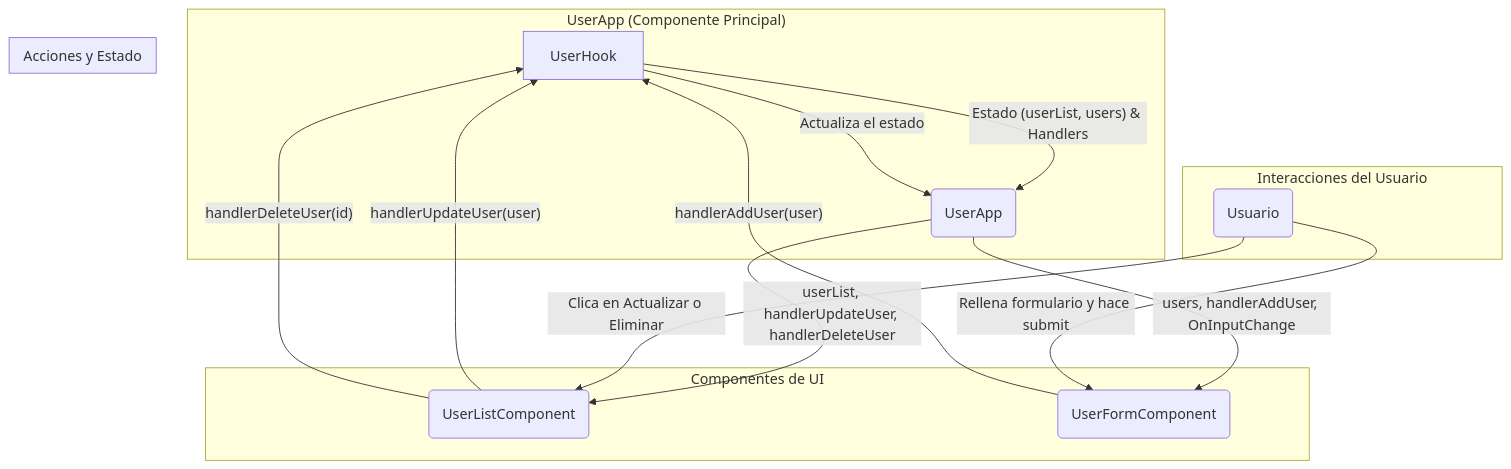
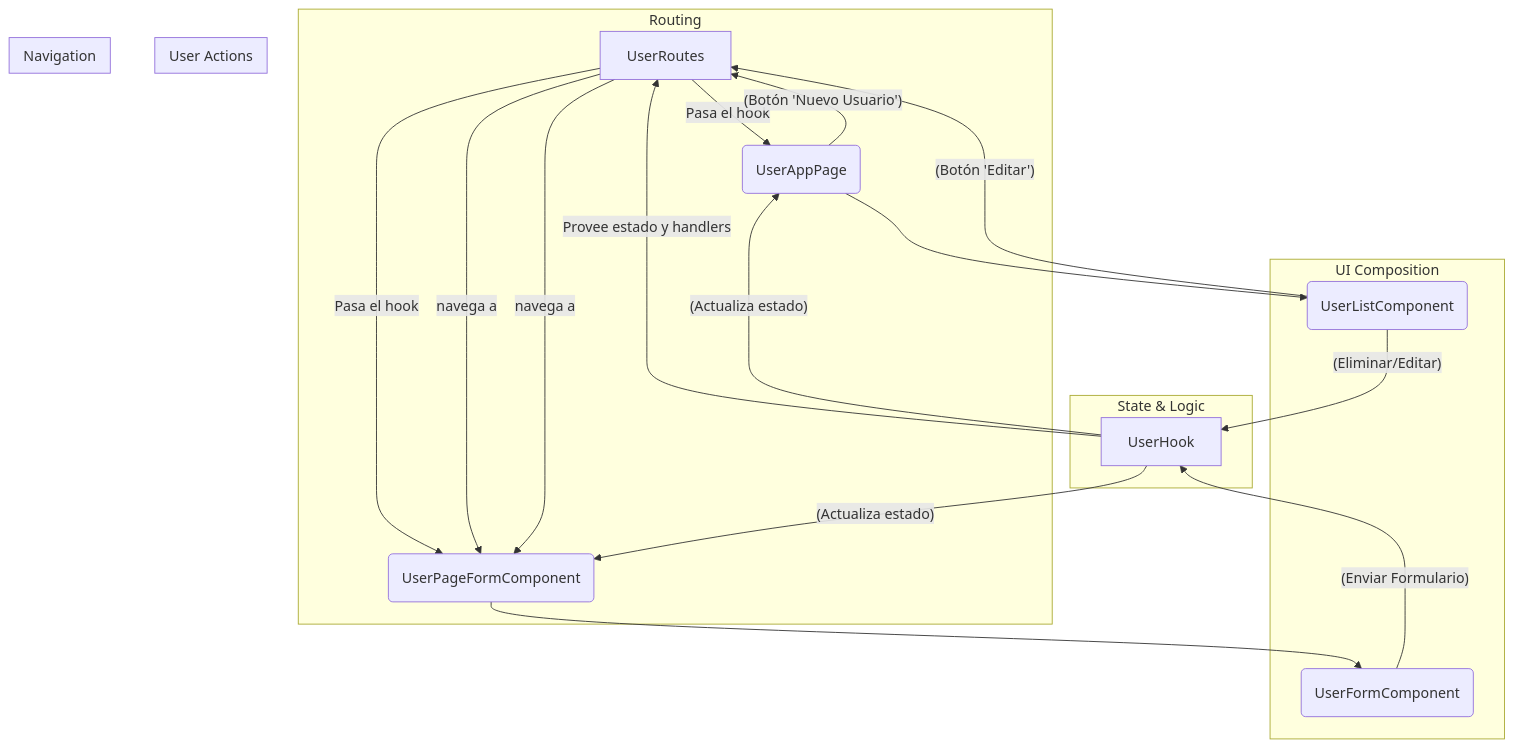
Before and after one commit to ue474728/6-user-app: the diagram in README.md, drawn with Mermaid. The commit also changed other lines of this file, not shown here.

````diff
--- a/README.md
+++ b/README.md
@@ -42,24 +45,28 @@
 ```mermaid
 graph TD
-    subgraph "UserApp (Componente Principal)"
-        A[UserHook] -- Estado (userList, users) & Handlers --> B(UserApp)
+    subgraph "Routing"
+        A[UserRoutes] -- Pasa el hook --> B(UserAppPage)
+        A -- Pasa el hook --> C(UserPageFormComponent)
     end
 
-    subgraph "Componentes de UI"
-        B -- userList, handlerUpdateUser, handlerDeleteUser --> C(UserListComponent)
-        B -- users, handlerAddUser, OnInputChange --> D(UserFormComponent)
+    subgraph "State & Logic"
+        D[UserHook] -- Provee estado y handlers --> A
     end
 
-    subgraph "Interacciones del Usuario"
-        E(Usuario) -- Rellena formulario y hace submit --> D
-        E -- Clica en Actualizar o Eliminar --> C
+    subgraph "UI Composition"
+        B --> E(UserListComponent)
+        C --> F(UserFormComponent)
     end
 
-    subgraph "Acciones y Estado"
-        D -- handlerAddUser(user) --> A
-        C -- handlerUpdateUser(user) --> A
-        C -- handlerDeleteUser(id) --> A
+    subgraph "User Actions"
+        E -- (Eliminar/Editar) --> D
+        F -- (Enviar Formulario) --> D
     end
 
-    A -- Actualiza el estado --> B
+    subgraph "Navigation"
+        B -- (Botón 'Nuevo Usuario') --> A -- navega a --> C
+        E -- (Botón 'Editar') --> A -- navega a --> C
+    end
+
+    D -- (Actualiza estado) --> B & C
 ```
````
